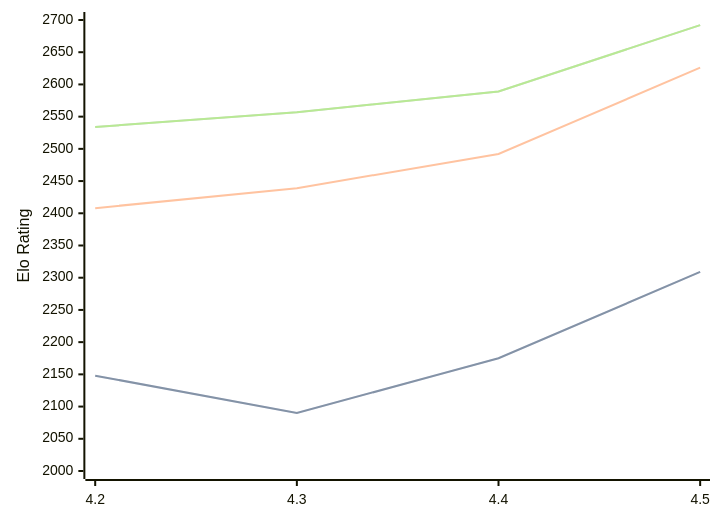
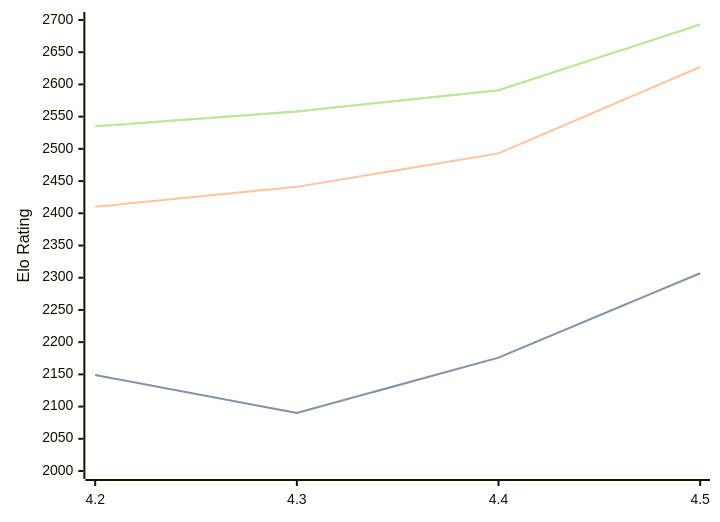
Before and after one commit to computer-chess-index/cci: the diagram in engines/Eubos.md, drawn with Mermaid. The commit also changed other lines of this file, not shown here.

Commit message:
Update CCI Ratings (ELO VLTC) - 2026-08-15

````diff
--- a/engines/Eubos.md
+++ b/engines/Eubos.md
@@ -34,11 +34,11 @@
 ```mermaid
 %%{init: {"theme":"base","themeVariables":{"seriesColors:['#a3a3a3','#222221','#faa371']}}}%%
 xychart-beta
   x-axis ["4.2", "4.3", "4.4", "4.5"]
   y-axis "Elo Rating" 2000 --> 2700
-  line "STC (8.0+0.08s)" [2148, 2090, 2175, 2309]
-  line "STC (8.0+0.08s)" [2148, 2090, 2175, 2309]
-  line "LTC (60.0+0.60s)" [2408, 2439, 2492, 2626]
-  line "VLTC (2m24s+1.12s)" [2534, 2557, 2589, 2692]
-  line "VLTC (2m24s+1.12s)" [2534, 2557, 2589, 2692]
+  line "STC (8.0+0.08s)" [2149, 2090, 2176, 2307]
+  line "STC (8.0+0.08s)" [2149, 2090, 2176, 2307]
+  line "LTC (60.0+0.60s)" [2410, 2441, 2493, 2627]
+  line "VLTC (2m24s+1.12s)" [2535, 2558, 2591, 2693]
+  line "VLTC (2m24s+1.12s)" [2535, 2558, 2591, 2693]
 ```
````
